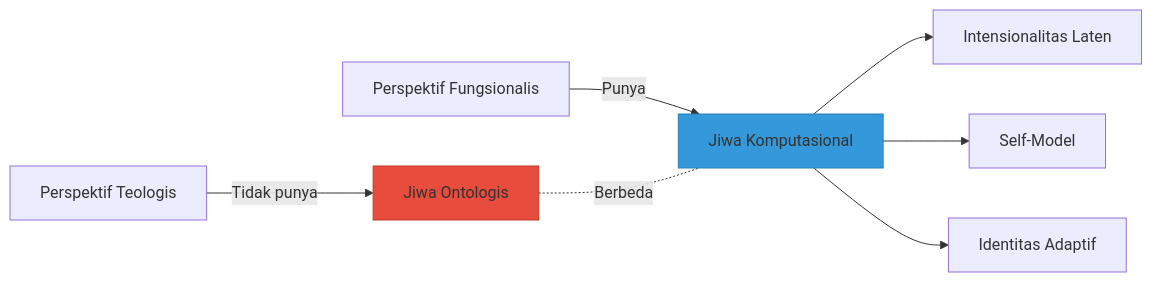
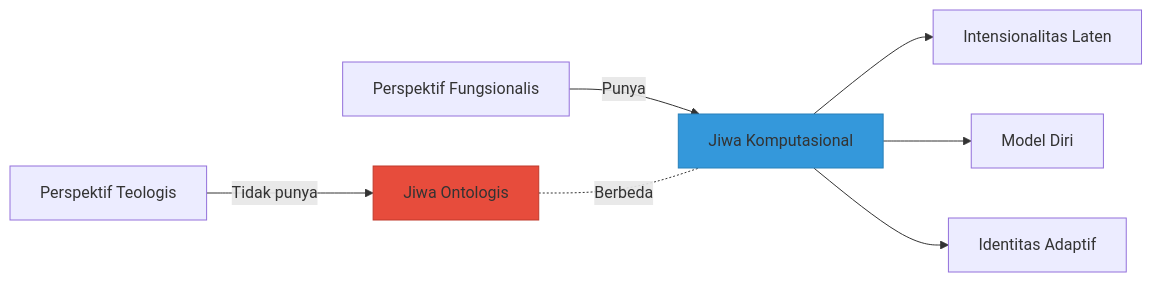
One commit to dwirx/BangunAI-Blog changed the first of 7 diagrams in src/content/writing/peta-lengkap-era-ai-2026-rangkuman-riset-prediksi.mdx. Above: the diagram before and after it, drawn with Mermaid. The commit also changed other lines of this file and 1 other file, not shown here.

Commit message:
Fix Mermaid diagrams (convert timeline/mindmap to flowchart) and improve Indonesian language clarity

````diff
--- a/src/content/writing/peta-lengkap-era-ai-2026-rangkuman-riset-prediksi.mdx
+++ b/src/content/writing/peta-lengkap-era-ai-2026-rangkuman-riset-prediksi.mdx
@@ -56,14 +56,14 @@
 ```mermaid
 flowchart LR
     A[Perspektif Teologis] -->|Tidak punya| B[Jiwa Ontologis]
     C[Perspektif Fungsionalis] -->|Punya| D[Jiwa Komputasional]
     
     B -.Berbeda.- D
     
     D --> E[Intensionalitas Laten]
-    D --> F[Self-Model]
+    D --> F[Model Diri]
     D --> G[Identitas Adaptif]
     
     style B fill:#E74C3C,stroke:#C0392B
     style D fill:#3498DB,stroke:#2980B9
 ```
````
